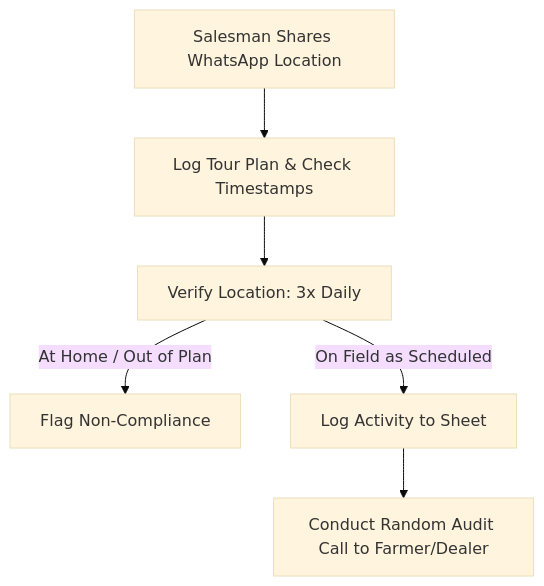
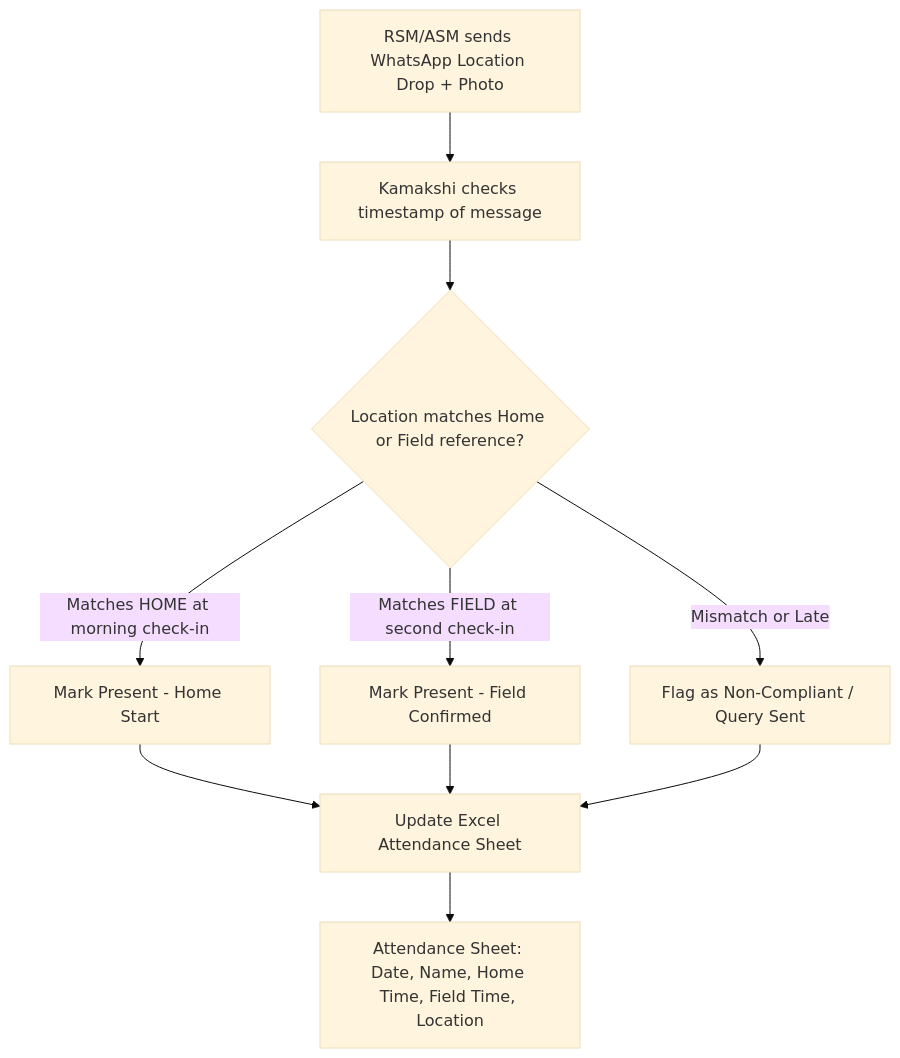
The first of 4 diagrams in individual-analysis/marketing-retail-sales-gaurav-jain-analysis.md (efpolymers/efp-audits), drawn with Mermaid (base theme) before and after one commit. The commit also changed other lines of this file and 3 other files, not shown here.

````diff
--- a/individual-analysis/marketing-retail-sales-gaurav-jain-analysis.md
+++ b/individual-analysis/marketing-retail-sales-gaurav-jain-analysis.md
@@ -59,8 +98,12 @@
 ```mermaid
 graph TD
-    A[Salesman Shares WhatsApp Location] --> B[Log Tour Plan & Check Timestamps]
-    B --> C[Verify Location: 3x Daily]
-    C -->|At Home / Out of Plan| D[Flag Non-Compliance]
-    C -->|On Field as Scheduled| E[Log Activity to Sheet]
-    E --> F[Conduct Random Audit Call to Farmer/Dealer]
+    A[RSM/ASM sends WhatsApp Location Drop + Photo] --> B[Kamakshi checks timestamp of message]
+    B --> C{Location matches Home or Field reference?}
+    C -->|Matches HOME at morning check-in| D[Mark Present - Home Start]
+    C -->|Matches FIELD at second check-in| E[Mark Present - Field Confirmed]
+    C -->|Mismatch or Late| F[Flag as Non-Compliant / Query Sent]
+    D --> G[Update Excel Attendance Sheet]
+    E --> G
+    F --> G
+    G --> H[Attendance Sheet: Date, Name, Home Time, Field Time, Location]
 ```
````
